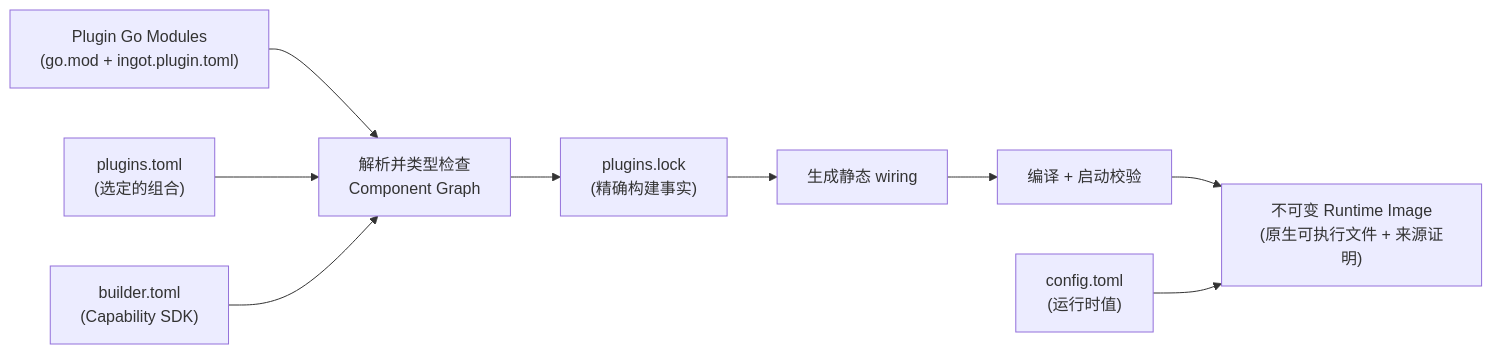
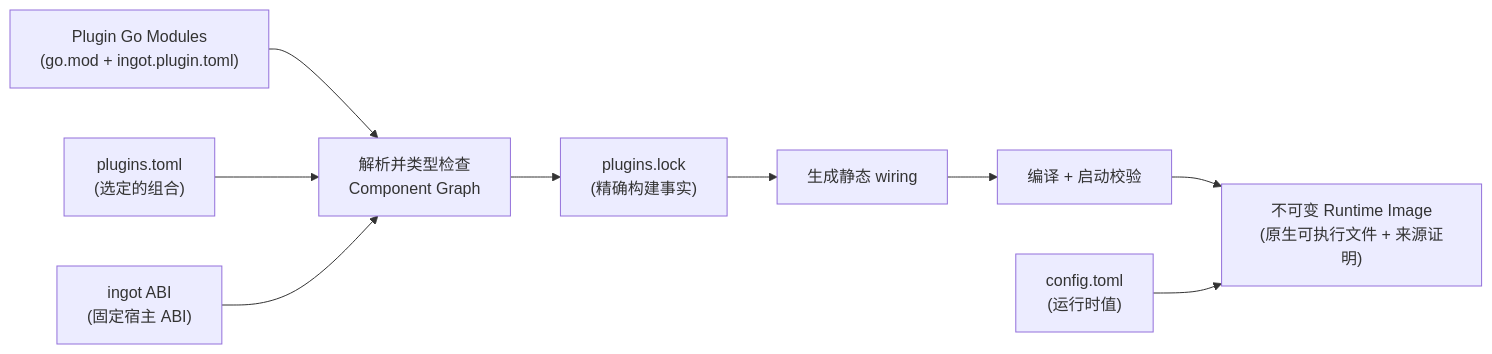
One commit to ingot-agent/ingot changed the diagram in docs/README.zh.md. Above: the diagram before and after it, drawn with Mermaid. The commit also changed other lines of this file and 97 other files, not shown here.

Commit message:
feat(builder): adopt ingot ABI

````diff
--- a/docs/README.zh.md
+++ b/docs/README.zh.md
@@ -73,11 +73,11 @@
 ```mermaid
 flowchart LR
     Plugins["Plugin Go Modules<br/>(go.mod + ingot.plugin.toml)"] --> Resolve
     Desired["plugins.toml<br/>(选定的组合)"] --> Resolve
-    SDKs["builder.toml<br/>(Capability SDK)"] --> Resolve
+    IngotABI["ingot ABI<br/>(固定宿主 ABI)"] --> Resolve
     Resolve["解析并类型检查<br/>Component Graph"] --> Lock["plugins.lock<br/>(精确构建事实)"]
     Lock --> Generate["生成静态 wiring"]
     Generate --> Compile["编译 + 启动校验"]
     Compile --> Image["不可变 Runtime Image<br/>(原生可执行文件 + 来源证明)"]
     Config["config.toml<br/>(运行时值)"] --> Image
 ```
````
